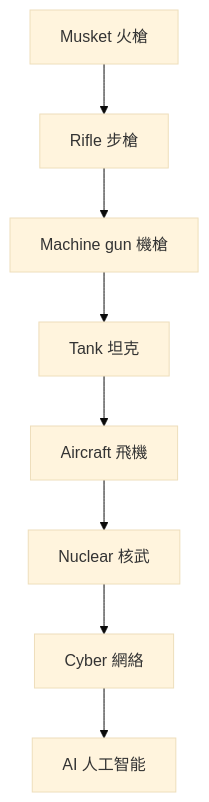
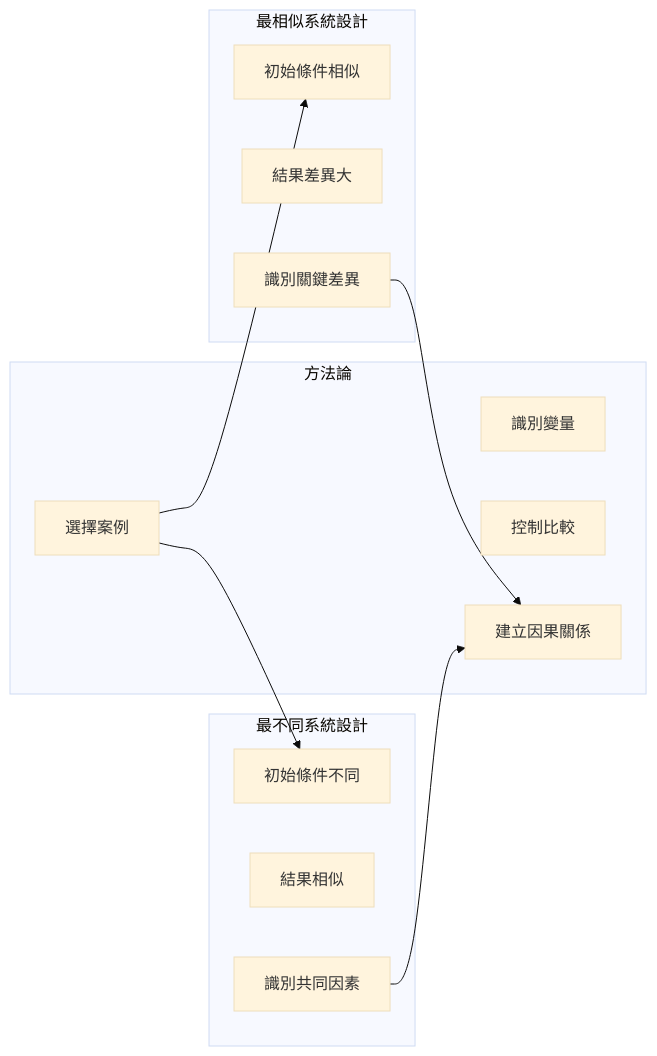
One commit to yip-lgtm/HKU-Harvard-History-Self-Study changed the ninth of 10 diagrams in 01_HKU_Courses/HIST1016_The_modern_world.md. Above: the diagram before and after it, drawn with Mermaid (base theme). The commit also changed other lines of this file and 48 other files, not shown here.

````diff
--- a/01_HKU_Courses/HIST1016_The_modern_world.md
+++ b/01_HKU_Courses/HIST1016_The_modern_world.md
@@ -396,10 +591,26 @@
 ```mermaid
-graph TD
-    A[Musket 火槍] --> B[Rifle 步槍]
-    B --> C[Machine gun 機槍]
-    C --> D[Tank 坦克]
-    D --> E[Aircraft 飛機]
-    E --> F[Nuclear 核武]
-    F --> G[Cyber 網絡]
-    G --> H[AI 人工智能]
+flowchart LR
+    subgraph "方法論"
+        A1[選擇案例]
+        A2[識別變量]
+        A3[控制比較]
+        A4[建立因果關係]
+    end
+    
+    subgraph "最相似系統設計"
+        B1[初始條件相似]
+        B2[結果差異大]
+        B3[識別關鍵差異]
+    end
+    
+    subgraph "最不同系統設計"
+        C1[初始條件不同]
+        C2[結果相似]
+        C3[識別共同因素]
+    end
+    
+    A1 --> B1
+    A1 --> C1
+    B3 --> A4
+    C3 --> A4
 ```
````
